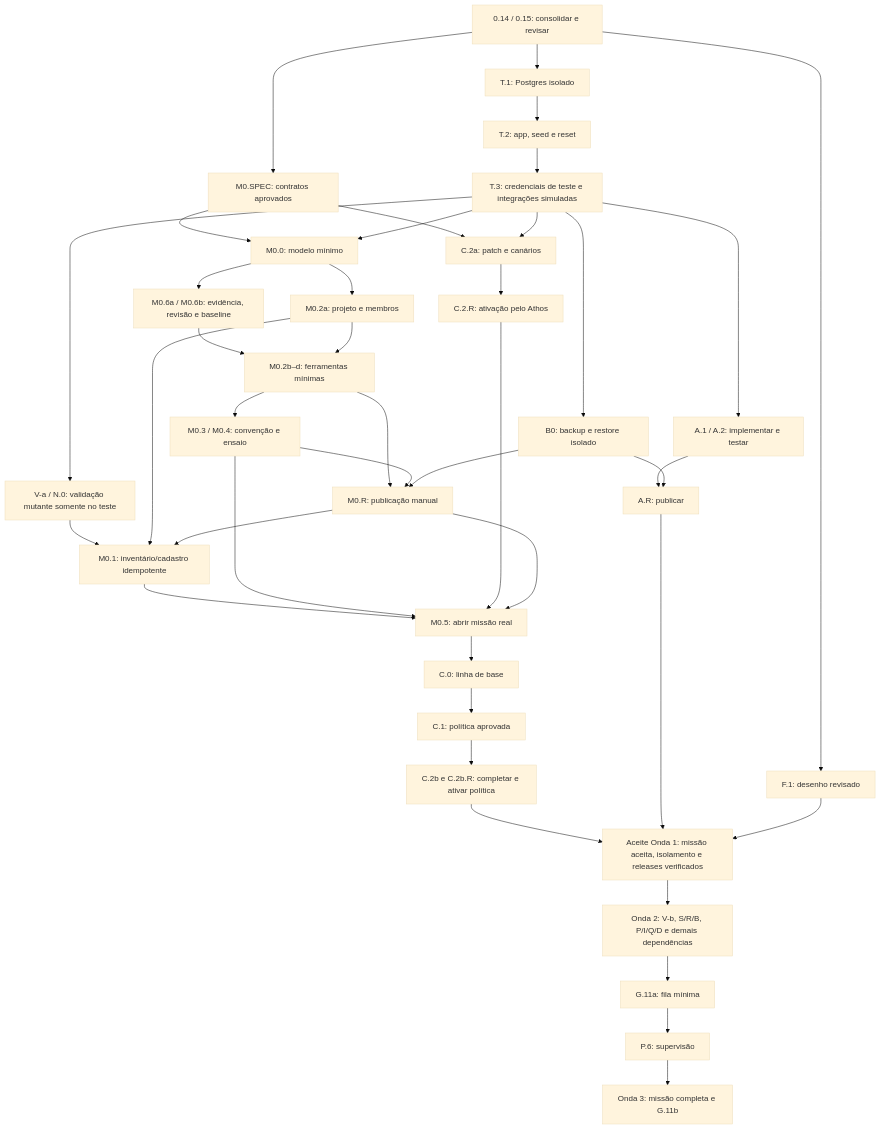
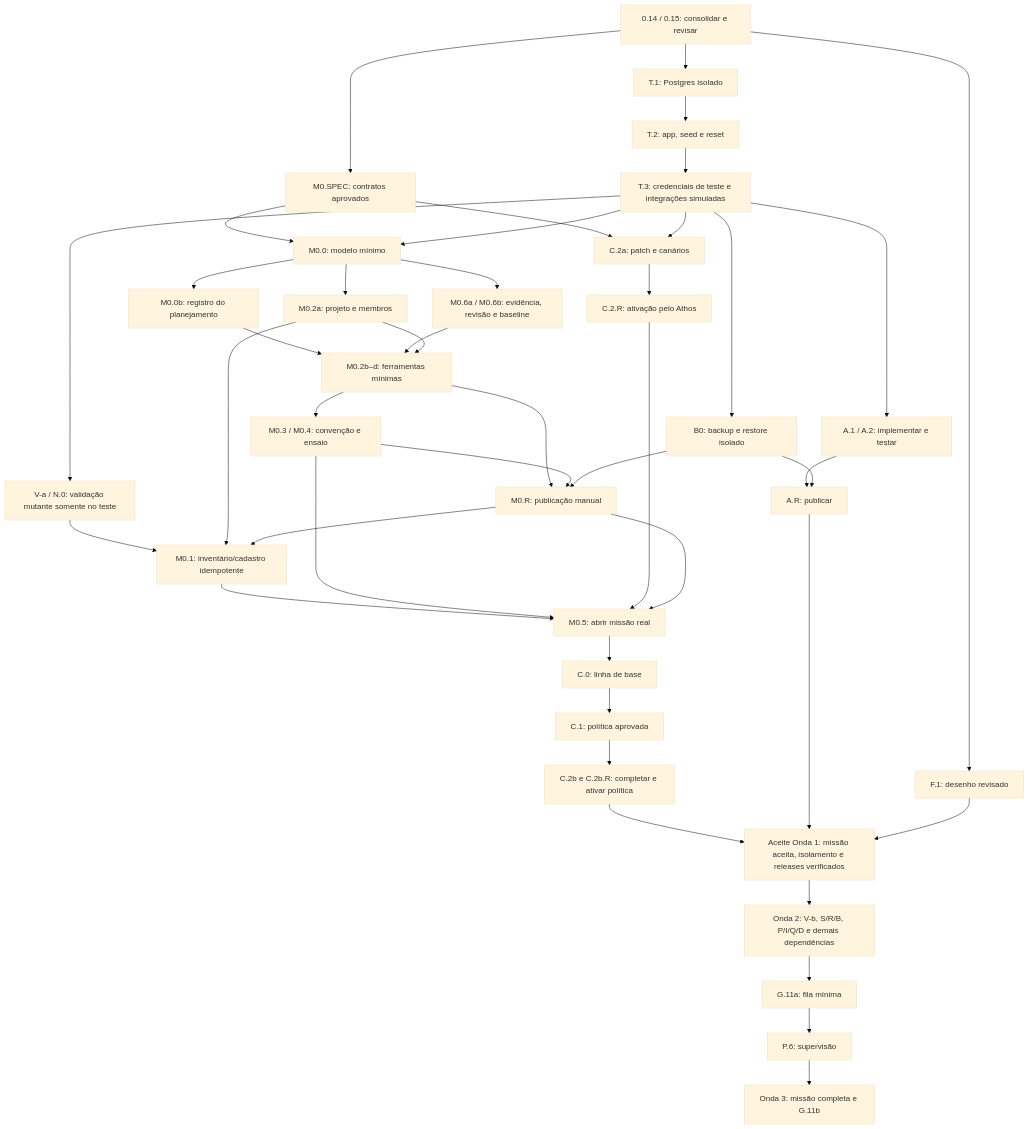
The diagram in docs/plano-integrado/07-fases-de-implementacao.md (darckware/forgehub), drawn with Mermaid (base theme) before and after one commit. The commit also changed other lines of this file and 3 other files, not shown here.

````diff
--- a/docs/plano-integrado/07-fases-de-implementacao.md
+++ b/docs/plano-integrado/07-fases-de-implementacao.md
@@ -393,43 +394,45 @@
 ```mermaid
 flowchart TD
   Revisao[0.14 / 0.15: consolidar e revisar] --> T1[T.1: Postgres isolado]
   T1 --> T2[T.2: app, seed e reset]
   T2 --> T3[T.3: credenciais de teste e integrações simuladas]
   T3 --> Va[V-a / N.0: validação mutante somente no teste]
   Revisao --> Spec[M0.SPEC: contratos aprovados]
   Spec --> Base[M0.0: modelo mínimo]
   T3 --> Base
+  Base --> Registro[M0.0b: registro do planejamento]
+  Registro --> Minimo
   Base --> Guards[M0.6a / M0.6b: evidência, revisão e baseline]
   Base --> Tools[M0.2a: projeto e membros]
   Guards --> Minimo[M0.2b–d: ferramentas mínimas]
   Tools --> Minimo
   Va --> Cadastro[M0.1: inventário/cadastro idempotente]
   Tools --> Cadastro
   Minimo --> Convencao[M0.3 / M0.4: convenção e ensaio]
   Cadastro --> Abertura[M0.5: abrir missão real]
   Convencao --> Abertura
   Spec --> Contencao[C.2a: patch e canários]
   T3 --> Contencao
   Contencao --> Ativa[C.2.R: ativação pelo Athos]
   Ativa --> Abertura
   T3 --> B0[B0: backup e restore isolado]
   Minimo --> Publica[M0.R: publicação manual]
   Convencao --> Publica
   B0 --> Publica
   Publica --> Cadastro
   Publica --> Abertura
   Abertura --> C0[C.0: linha de base]
   C0 --> C1[C.1: política aprovada]
   C1 --> C2[C.2b e C.2b.R: completar e ativar política]
   C2 --> Saida[Aceite Onda 1: missão aceita, isolamento e releases verificados]
   T3 --> Atividades[A.1 / A.2: implementar e testar]
   Atividades --> AtividadesRelease[A.R: publicar]
   B0 --> AtividadesRelease
   AtividadesRelease --> Saida
   Revisao --> Identidade[F.1: desenho revisado]
   Identidade --> Saida
   Saida --> Onda2[Onda 2: V-b, S/R/B, P/I/Q/D e demais dependências]
   Onda2 --> G11a[G.11a: fila mínima]
   G11a --> P6[P.6: supervisão]
   P6 --> Onda3[Onda 3: missão completa e G.11b]
 ```
````
